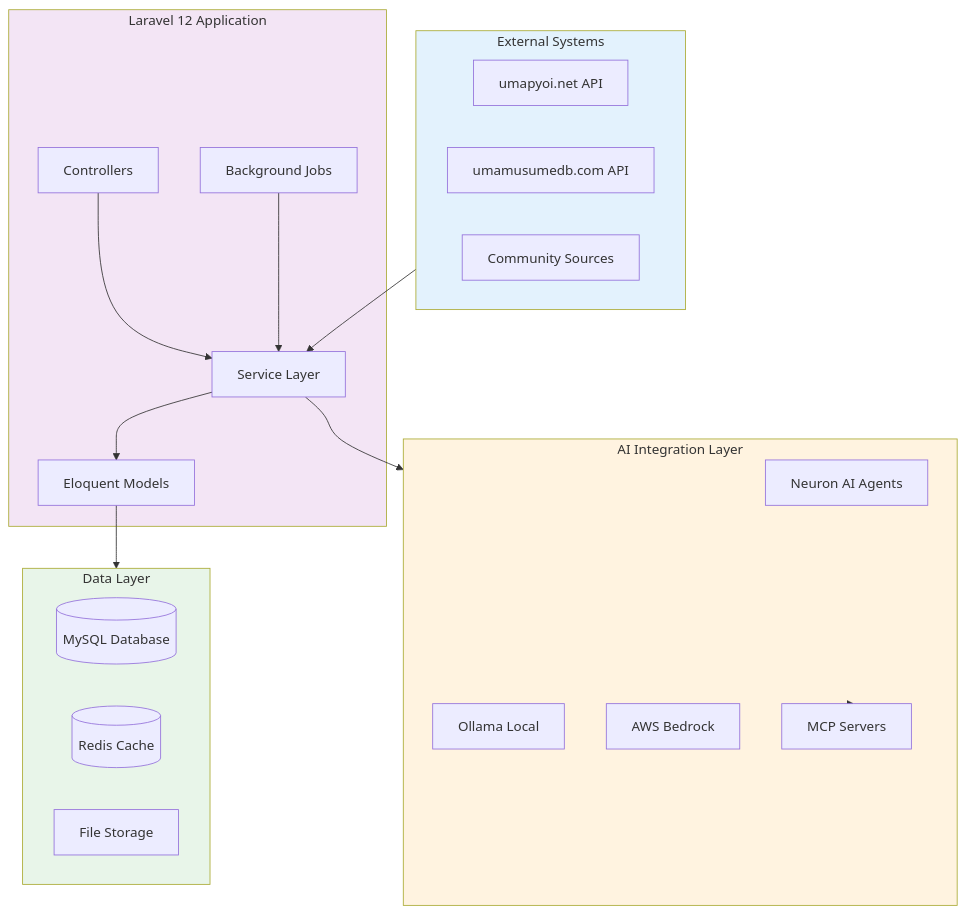
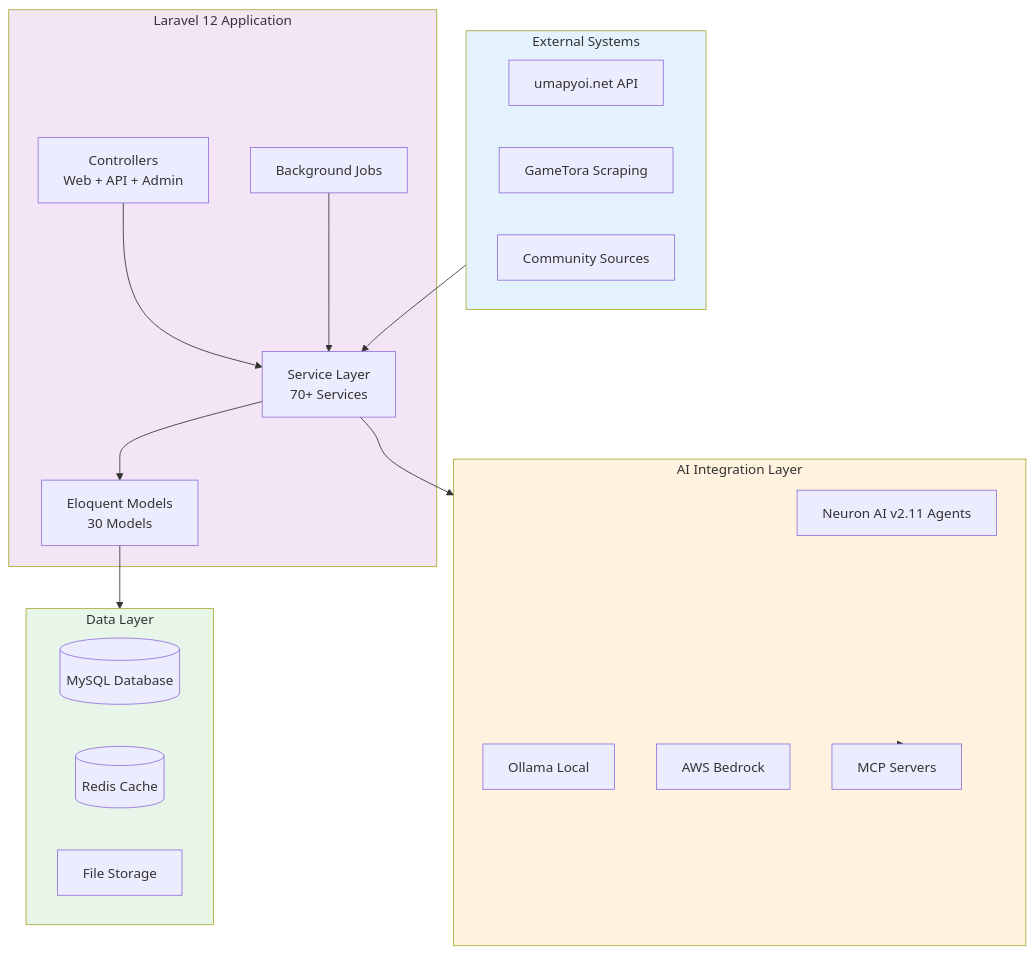
One commit to exatfrds67/umamusume-career-planner changed the first of 18 diagrams in docs/01-diagrams/system-process-flow-diagrams.md. Above: the diagram before and after it, drawn with Mermaid. The commit also changed other lines of this file and 111 other files, not shown here.

````diff
--- a/docs/01-diagrams/system-process-flow-diagrams.md
+++ b/docs/01-diagrams/system-process-flow-diagrams.md
@@ -50,41 +51,41 @@
 ```mermaid
 flowchart TB
     subgraph External[External Systems]
         Umapyoi[umapyoi.net API]
-        UmamusumeDB[umamusumedb.com API]
+        GameTora[GameTora Scraping]
         Community[Community Sources]
     end
     
     subgraph Application[Laravel 12 Application]
-        Controllers[Controllers]
-        Services[Service Layer]
-        Models[Eloquent Models]
+        Controllers[Controllers<br/>Web + API + Admin]
+        Services[Service Layer<br/>70+ Services]
+        Models[Eloquent Models<br/>30 Models]
         Jobs[Background Jobs]
     end
     
     subgraph AI[AI Integration Layer]
-        Neuron[Neuron AI Agents]
+        Neuron[Neuron AI v2.11 Agents]
         Ollama[Ollama Local]
         Bedrock[AWS Bedrock]
         MCP[MCP Servers]
     end
     
     subgraph Data[Data Layer]
         MySQL[(MySQL Database)]
         Redis[(Redis Cache)]
         Files[File Storage]
     end
     
     External --> Services
     Controllers --> Services
     Services --> AI
     Services --> Models
     Models --> Data
     Jobs --> Services
     AI --> MCP
     
     style External fill:#e3f2fd
     style Application fill:#f3e5f5
     style AI fill:#fff3e0
     style Data fill:#e8f5e9
 ```
````
